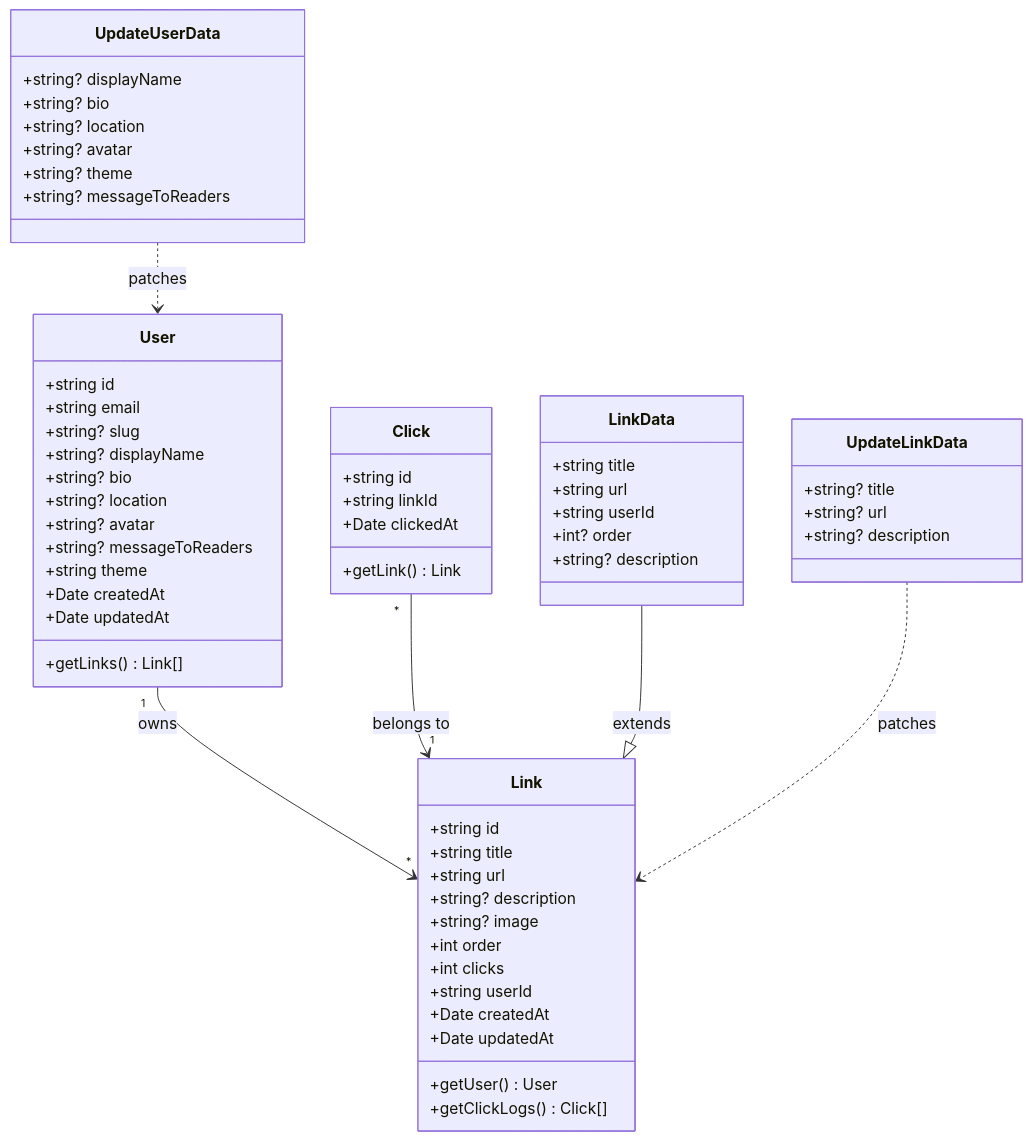
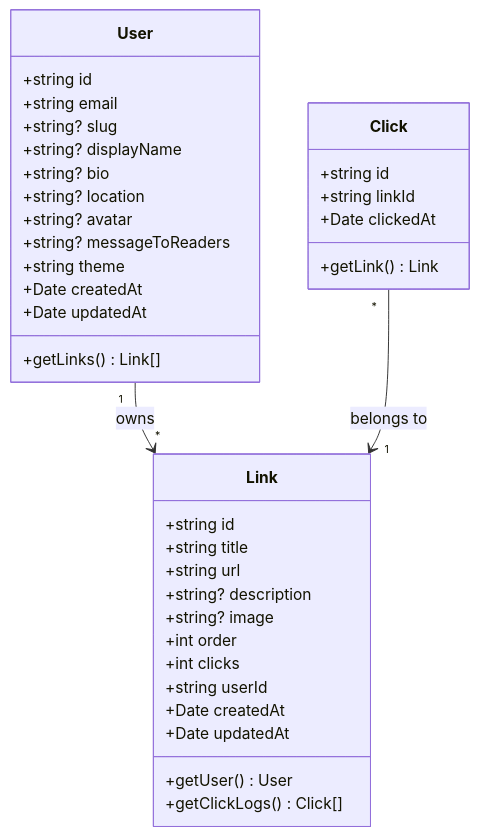
The diagram in .docs/diagrama-classes.md (ddamaceno/NodeTree), drawn with Mermaid before and after one commit.

Commit message:
fix: remove unused classes from class diagram
Removed LinkData, UpdateLinkData, and UpdateUserData classes from the class diagram.

````diff
--- a/.docs/diagrama-classes.md
+++ b/.docs/diagrama-classes.md
@@ -3,68 +3,42 @@
 ```mermaid
 classDiagram
     class User {
         +string id
         +string email
         +string? slug
         +string? displayName
         +string? bio
         +string? location
         +string? avatar
         +string? messageToReaders
         +string theme
         +Date createdAt
         +Date updatedAt
         +getLinks() Link[]
     }
 
     class Link {
         +string id
         +string title
         +string url
         +string? description
         +string? image
         +int order
         +int clicks
         +string userId
         +Date createdAt
         +Date updatedAt
         +getUser() User
         +getClickLogs() Click[]
     }
 
-    class LinkData {
-        +string title
-        +string url
-        +string userId
-        +int? order
-        +string? description
-    }
-
-    class UpdateLinkData {
-        +string? title
-        +string? url
-        +string? description
-    }
-
-    class UpdateUserData {
-        +string? displayName
-        +string? bio
-        +string? location
-        +string? avatar
-        +string? theme
-        +string? messageToReaders
-    }
-
     class Click {
         +string id
         +string linkId
         +Date clickedAt
         +getLink() Link
     }
 
     User "1" --> "*" Link : owns
     Click "*" --> "1" Link : belongs to
-    LinkData --|> Link : extends
-    UpdateLinkData ..> Link : patches
-    UpdateUserData ..> User : patches
 ```
````
